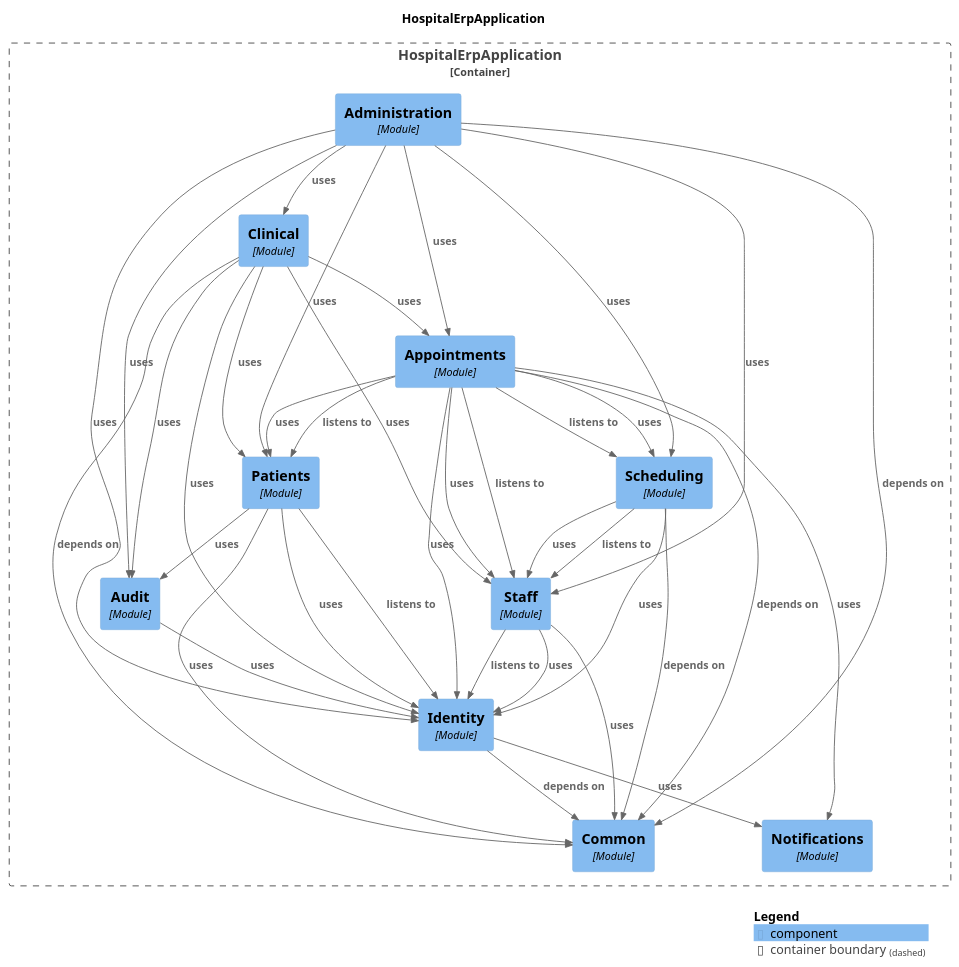
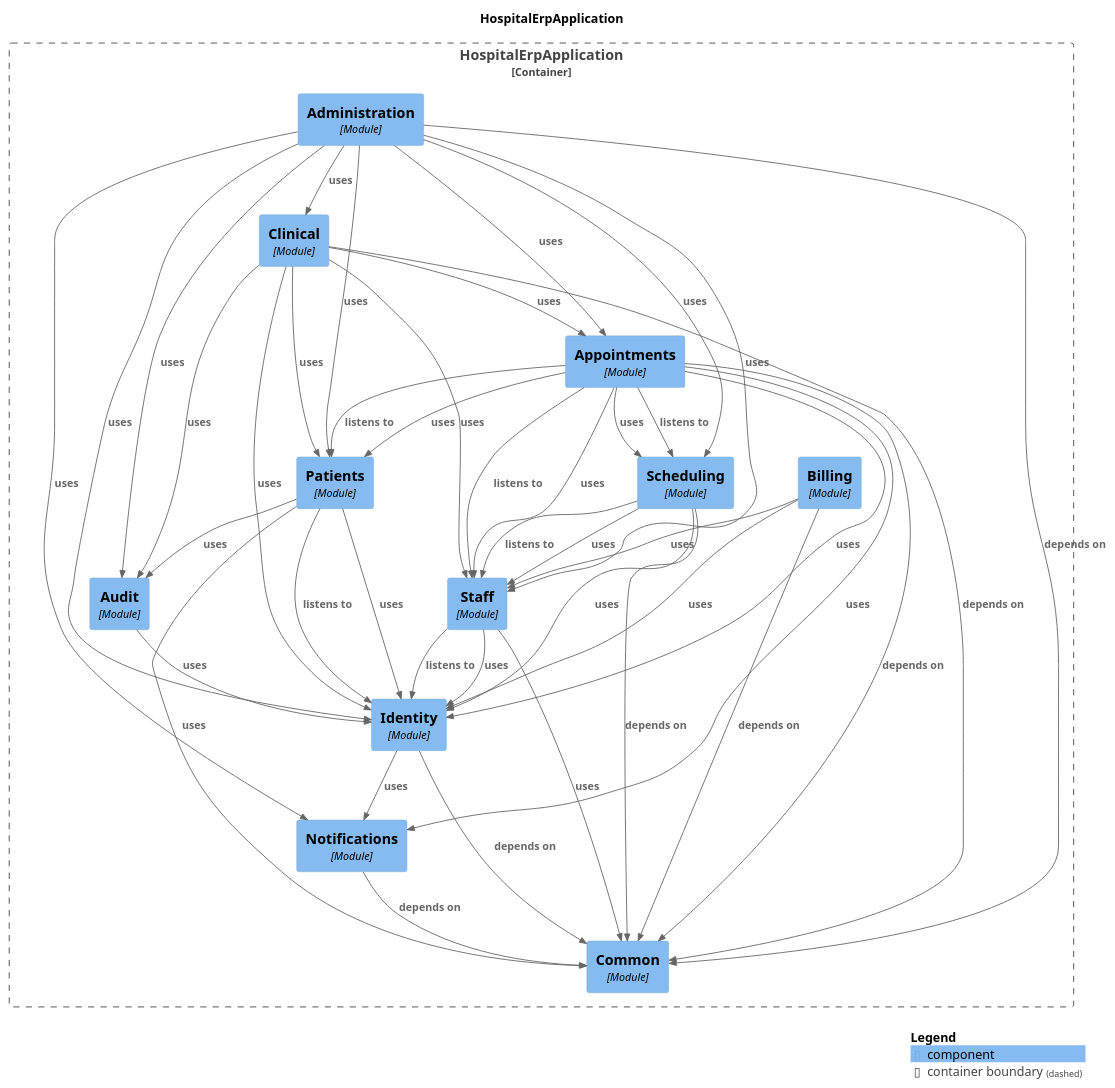
One commit to harshsharma5720/HospitalERP changed the diagram in docs/modules/components.puml. Above: the diagram before and after it, drawn with PlantUML. The commit also changed 41 other files, not shown here.

Commit message:
Billing: step B.1 - billing module and fees

```diff
--- a/docs/modules/components.puml
+++ b/docs/modules/components.puml
@@ -1,63 +1,69 @@
 @startuml
 set separator none
 title HospitalErpApplication
 
 top to bottom direction
 
 !include <C4/C4>
 !include <C4/C4_Context>
 !include <C4/C4_Component>
 
 Container_Boundary("HospitalErpApplication.HospitalErpApplication_boundary", "HospitalErpApplication", $tags="") {
+  Component(HospitalErpApplication.HospitalErpApplication.Scheduling, "Scheduling", $techn="Module", $descr="", $tags="", $link="")
   Component(HospitalErpApplication.HospitalErpApplication.Appointments, "Appointments", $techn="Module", $descr="", $tags="", $link="")
   Component(HospitalErpApplication.HospitalErpApplication.Clinical, "Clinical", $techn="Module", $descr="", $tags="", $link="")
   Component(HospitalErpApplication.HospitalErpApplication.Administration, "Administration", $techn="Module", $descr="", $tags="", $link="")
   Component(HospitalErpApplication.HospitalErpApplication.Common, "Common", $techn="Module", $descr="", $tags="", $link="")
   Component(HospitalErpApplication.HospitalErpApplication.Notifications, "Notifications", $techn="Module", $descr="", $tags="", $link="")
   Component(HospitalErpApplication.HospitalErpApplication.Identity, "Identity", $techn="Module", $descr="", $tags="", $link="")
   Component(HospitalErpApplication.HospitalErpApplication.Audit, "Audit", $techn="Module", $descr="", $tags="", $link="")
   Component(HospitalErpApplication.HospitalErpApplication.Staff, "Staff", $techn="Module", $descr="", $tags="", $link="")
+  Component(HospitalErpApplication.HospitalErpApplication.Billing, "Billing", $techn="Module", $descr="", $tags="", $link="")
   Component(HospitalErpApplication.HospitalErpApplication.Patients, "Patients", $techn="Module", $descr="", $tags="", $link="")
-  Component(HospitalErpApplication.HospitalErpApplication.Scheduling, "Scheduling", $techn="Module", $descr="", $tags="", $link="")
 }
 
-Rel(HospitalErpApplication.HospitalErpApplication.Administration, HospitalErpApplication.HospitalErpApplication.Common, "depends on", $techn="", $tags="", $link="")
-Rel(HospitalErpApplication.HospitalErpApplication.Administration, HospitalErpApplication.HospitalErpApplication.Identity, "uses", $techn="", $tags="", $link="")
-Rel(HospitalErpApplication.HospitalErpApplication.Administration, HospitalErpApplication.HospitalErpApplication.Patients, "uses", $techn="", $tags="", $link="")
-Rel(HospitalErpApplication.HospitalErpApplication.Administration, HospitalErpApplication.HospitalErpApplication.Staff, "uses", $techn="", $tags="", $link="")
-Rel(HospitalErpApplication.HospitalErpApplication.Administration, HospitalErpApplication.HospitalErpApplication.Audit, "uses", $techn="", $tags="", $link="")
-Rel(HospitalErpApplication.HospitalErpApplication.Administration, HospitalErpApplication.HospitalErpApplication.Appointments, "uses", $techn="", $tags="", $link="")
-Rel(HospitalErpApplication.HospitalErpApplication.Administration, HospitalErpApplication.HospitalErpApplication.Clinical, "uses", $techn="", $tags="", $link="")
-Rel(HospitalErpApplication.HospitalErpApplication.Administration, HospitalErpApplication.HospitalErpApplication.Scheduling, "uses", $techn="", $tags="", $link="")
-Rel(HospitalErpApplication.HospitalErpApplication.Staff, HospitalErpApplication.HospitalErpApplication.Identity, "listens to", $techn="", $tags="", $link="")
-Rel(HospitalErpApplication.HospitalErpApplication.Staff, HospitalErpApplication.HospitalErpApplication.Identity, "uses", $techn="", $tags="", $link="")
-Rel(HospitalErpApplication.HospitalErpApplication.Staff, HospitalErpApplication.HospitalErpApplication.Common, "uses", $techn="", $tags="", $link="")
-Rel(HospitalErpApplication.HospitalErpApplication.Scheduling, HospitalErpApplication.HospitalErpApplication.Staff, "listens to", $techn="", $tags="", $link="")
-Rel(HospitalErpApplication.HospitalErpApplication.Scheduling, HospitalErpApplication.HospitalErpApplication.Common, "depends on", $techn="", $tags="", $link="")
-Rel(HospitalErpApplication.HospitalErpApplication.Scheduling, HospitalErpApplication.HospitalErpApplication.Staff, "uses", $techn="", $tags="", $link="")
-Rel(HospitalErpApplication.HospitalErpApplication.Scheduling, HospitalErpApplication.HospitalErpApplication.Identity, "uses", $techn="", $tags="", $link="")
-Rel(HospitalErpApplication.HospitalErpApplication.Identity, HospitalErpApplication.HospitalErpApplication.Common, "depends on", $techn="", $tags="", $link="")
-Rel(HospitalErpApplication.HospitalErpApplication.Identity, HospitalErpApplication.HospitalErpApplication.Notifications, "uses", $techn="", $tags="", $link="")
-Rel(HospitalErpApplication.HospitalErpApplication.Audit, HospitalErpApplication.HospitalErpApplication.Identity, "uses", $techn="", $tags="", $link="")
+Rel(HospitalErpApplication.HospitalErpApplication.Patients, HospitalErpApplication.HospitalErpApplication.Identity, "listens to", $techn="", $tags="", $link="")
+Rel(HospitalErpApplication.HospitalErpApplication.Patients, HospitalErpApplication.HospitalErpApplication.Identity, "uses", $techn="", $tags="", $link="")
+Rel(HospitalErpApplication.HospitalErpApplication.Patients, HospitalErpApplication.HospitalErpApplication.Common, "uses", $techn="", $tags="", $link="")
+Rel(HospitalErpApplication.HospitalErpApplication.Patients, HospitalErpApplication.HospitalErpApplication.Audit, "uses", $techn="", $tags="", $link="")
 Rel(HospitalErpApplication.HospitalErpApplication.Appointments, HospitalErpApplication.HospitalErpApplication.Staff, "listens to", $techn="", $tags="", $link="")
 Rel(HospitalErpApplication.HospitalErpApplication.Appointments, HospitalErpApplication.HospitalErpApplication.Patients, "listens to", $techn="", $tags="", $link="")
 Rel(HospitalErpApplication.HospitalErpApplication.Appointments, HospitalErpApplication.HospitalErpApplication.Scheduling, "listens to", $techn="", $tags="", $link="")
 Rel(HospitalErpApplication.HospitalErpApplication.Appointments, HospitalErpApplication.HospitalErpApplication.Common, "depends on", $techn="", $tags="", $link="")
 Rel(HospitalErpApplication.HospitalErpApplication.Appointments, HospitalErpApplication.HospitalErpApplication.Patients, "uses", $techn="", $tags="", $link="")
 Rel(HospitalErpApplication.HospitalErpApplication.Appointments, HospitalErpApplication.HospitalErpApplication.Staff, "uses", $techn="", $tags="", $link="")
 Rel(HospitalErpApplication.HospitalErpApplication.Appointments, HospitalErpApplication.HospitalErpApplication.Scheduling, "uses", $techn="", $tags="", $link="")
 Rel(HospitalErpApplication.HospitalErpApplication.Appointments, HospitalErpApplication.HospitalErpApplication.Identity, "uses", $techn="", $tags="", $link="")
 Rel(HospitalErpApplication.HospitalErpApplication.Appointments, HospitalErpApplication.HospitalErpApplication.Notifications, "uses", $techn="", $tags="", $link="")
+Rel(HospitalErpApplication.HospitalErpApplication.Audit, HospitalErpApplication.HospitalErpApplication.Identity, "uses", $techn="", $tags="", $link="")
+Rel(HospitalErpApplication.HospitalErpApplication.Notifications, HospitalErpApplication.HospitalErpApplication.Common, "depends on", $techn="", $tags="", $link="")
+Rel(HospitalErpApplication.HospitalErpApplication.Identity, HospitalErpApplication.HospitalErpApplication.Common, "depends on", $techn="", $tags="", $link="")
+Rel(HospitalErpApplication.HospitalErpApplication.Identity, HospitalErpApplication.HospitalErpApplication.Notifications, "uses", $techn="", $tags="", $link="")
 Rel(HospitalErpApplication.HospitalErpApplication.Clinical, HospitalErpApplication.HospitalErpApplication.Common, "depends on", $techn="", $tags="", $link="")
 Rel(HospitalErpApplication.HospitalErpApplication.Clinical, HospitalErpApplication.HospitalErpApplication.Appointments, "uses", $techn="", $tags="", $link="")
 Rel(HospitalErpApplication.HospitalErpApplication.Clinical, HospitalErpApplication.HospitalErpApplication.Staff, "uses", $techn="", $tags="", $link="")
 Rel(HospitalErpApplication.HospitalErpApplication.Clinical, HospitalErpApplication.HospitalErpApplication.Patients, "uses", $techn="", $tags="", $link="")
 Rel(HospitalErpApplication.HospitalErpApplication.Clinical, HospitalErpApplication.HospitalErpApplication.Identity, "uses", $techn="", $tags="", $link="")
 Rel(HospitalErpApplication.HospitalErpApplication.Clinical, HospitalErpApplication.HospitalErpApplication.Audit, "uses", $techn="", $tags="", $link="")
-Rel(HospitalErpApplication.HospitalErpApplication.Patients, HospitalErpApplication.HospitalErpApplication.Identity, "listens to", $techn="", $tags="", $link="")
-Rel(HospitalErpApplication.HospitalErpApplication.Patients, HospitalErpApplication.HospitalErpApplication.Identity, "uses", $techn="", $tags="", $link="")
-Rel(HospitalErpApplication.HospitalErpApplication.Patients, HospitalErpApplication.HospitalErpApplication.Common, "uses", $techn="", $tags="", $link="")
-Rel(HospitalErpApplication.HospitalErpApplication.Patients, HospitalErpApplication.HospitalErpApplication.Audit, "uses", $techn="", $tags="", $link="")
+Rel(HospitalErpApplication.HospitalErpApplication.Administration, HospitalErpApplication.HospitalErpApplication.Common, "depends on", $techn="", $tags="", $link="")
+Rel(HospitalErpApplication.HospitalErpApplication.Administration, HospitalErpApplication.HospitalErpApplication.Identity, "uses", $techn="", $tags="", $link="")
+Rel(HospitalErpApplication.HospitalErpApplication.Administration, HospitalErpApplication.HospitalErpApplication.Patients, "uses", $techn="", $tags="", $link="")
+Rel(HospitalErpApplication.HospitalErpApplication.Administration, HospitalErpApplication.HospitalErpApplication.Staff, "uses", $techn="", $tags="", $link="")
+Rel(HospitalErpApplication.HospitalErpApplication.Administration, HospitalErpApplication.HospitalErpApplication.Audit, "uses", $techn="", $tags="", $link="")
+Rel(HospitalErpApplication.HospitalErpApplication.Administration, HospitalErpApplication.HospitalErpApplication.Appointments, "uses", $techn="", $tags="", $link="")
+Rel(HospitalErpApplication.HospitalErpApplication.Administration, HospitalErpApplication.HospitalErpApplication.Notifications, "uses", $techn="", $tags="", $link="")
+Rel(HospitalErpApplication.HospitalErpApplication.Administration, HospitalErpApplication.HospitalErpApplication.Clinical, "uses", $techn="", $tags="", $link="")
+Rel(HospitalErpApplication.HospitalErpApplication.Administration, HospitalErpApplication.HospitalErpApplication.Scheduling, "uses", $techn="", $tags="", $link="")
+Rel(HospitalErpApplication.HospitalErpApplication.Staff, HospitalErpApplication.HospitalErpApplication.Identity, "listens to", $techn="", $tags="", $link="")
+Rel(HospitalErpApplication.HospitalErpApplication.Staff, HospitalErpApplication.HospitalErpApplication.Identity, "uses", $techn="", $tags="", $link="")
+Rel(HospitalErpApplication.HospitalErpApplication.Staff, HospitalErpApplication.HospitalErpApplication.Common, "uses", $techn="", $tags="", $link="")
+Rel(HospitalErpApplication.HospitalErpApplication.Billing, HospitalErpApplication.HospitalErpApplication.Common, "depends on", $techn="", $tags="", $link="")
+Rel(HospitalErpApplication.HospitalErpApplication.Billing, HospitalErpApplication.HospitalErpApplication.Staff, "uses", $techn="", $tags="", $link="")
+Rel(HospitalErpApplication.HospitalErpApplication.Billing, HospitalErpApplication.HospitalErpApplication.Identity, "uses", $techn="", $tags="", $link="")
+Rel(HospitalErpApplication.HospitalErpApplication.Scheduling, HospitalErpApplication.HospitalErpApplication.Staff, "listens to", $techn="", $tags="", $link="")
+Rel(HospitalErpApplication.HospitalErpApplication.Scheduling, HospitalErpApplication.HospitalErpApplication.Common, "depends on", $techn="", $tags="", $link="")
+Rel(HospitalErpApplication.HospitalErpApplication.Scheduling, HospitalErpApplication.HospitalErpApplication.Staff, "uses", $techn="", $tags="", $link="")
+Rel(HospitalErpApplication.HospitalErpApplication.Scheduling, HospitalErpApplication.HospitalErpApplication.Identity, "uses", $techn="", $tags="", $link="")
 
 SHOW_LEGEND(true)
 @enduml
```
